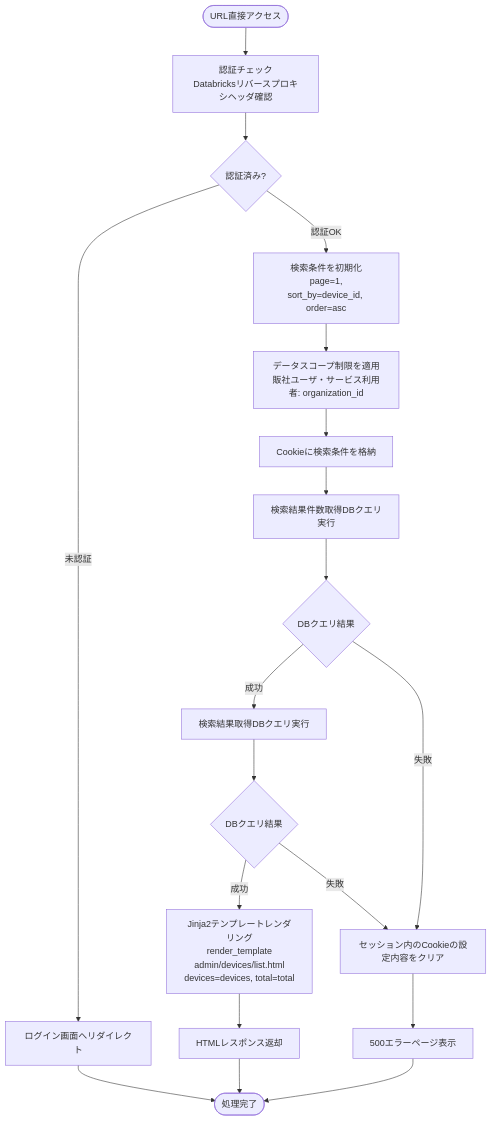
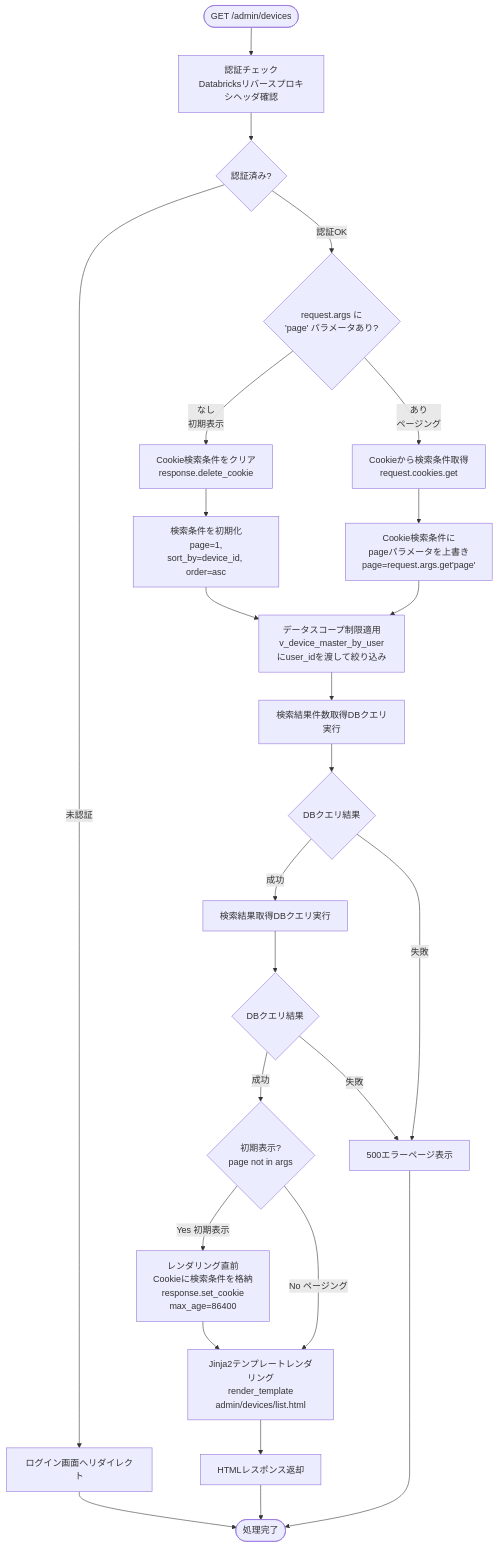
Before and after one commit to NSW-SVCP-AIWG002/Databricks-IoT: the first of 8 diagrams in docs/03-features/flask-app/devices/workflow-specification.md, drawn with Mermaid. The commit also changed other lines of this file and 3 other files, not shown here.

````diff
--- a/docs/03-features/flask-app/devices/workflow-specification.md
+++ b/docs/03-features/flask-app/devices/workflow-specification.md
@@ -101,28 +101,37 @@
 ```mermaid
 flowchart TD
-    Start([URL直接アクセス]) --> Auth[認証チェック<br>Databricksリバースプロキシヘッダ確認]
+    Start([GET /admin/devices]) --> Auth[認証チェック<br>Databricksリバースプロキシヘッダ確認]
     Auth --> CheckAuth{認証済み?}
     CheckAuth -->|未認証| LoginRedirect[ログイン画面へリダイレクト]
+    CheckAuth -->|認証OK| CheckPage{request.args に<br>'page' パラメータあり?}
 
-    CheckAuth -->|認証OK| Init[検索条件を初期化<br>page=1,<br>sort_by=device_id, order=asc]
-    Init --> Scope[データスコープ制限を適用<br>販社ユーザ・サービス利用者: organization_id]
-    Scope --> SetParams[Cookieに検索条件を格納]
-    SetParams --> Count[検索結果件数取得DBクエリ実行]
+    CheckPage -->|なし<br>初期表示| ClearCookie[Cookie検索条件をクリア<br>response.delete_cookie]
+    CheckPage -->|あり<br>ページング| GetCookie[Cookieから検索条件取得<br>request.cookies.get]
+
+    ClearCookie --> InitParams[検索条件を初期化<br>page=1,<br>sort_by=device_id, order=asc]
+    GetCookie --> OverridePage[Cookie検索条件に<br>pageパラメータを上書き<br>page=request.args.get'page']
+
+    InitParams --> Scope[データスコープ制限適用<br>v_device_master_by_userにuser_idを渡して絞り込み]
+    OverridePage --> Scope
+
+    Scope --> Count[検索結果件数取得DBクエリ実行]
     Count --> CheckDB0{DBクエリ結果}
 
     CheckDB0 -->|成功| Query[検索結果取得DBクエリ実行]
-    CheckDB0 -->|失敗| ClearParams[セッション内のCookieの設定内容をクリア]
-    
-    ClearParams --> Error500[500エラーページ表示]
+    CheckDB0 -->|失敗| Error500[500エラーページ表示]
 
     Query --> CheckDB{DBクエリ結果}
 
-    CheckDB -->|成功| Template[Jinja2テンプレートレンダリング<br>render_template<br>admin/devices/list.html<br>devices=devices, total=total]
+    CheckDB -->|成功| CheckInitial{初期表示?<br>page not in args}
+    CheckDB -->|失敗| Error500
+
+    CheckInitial -->|Yes 初期表示| SaveCookie[レンダリング直前<br>Cookieに検索条件を格納<br>response.set_cookie<br>max_age=86400]
+    CheckInitial -->|No ページング| Template[Jinja2テンプレートレンダリング<br>render_template<br>admin/devices/list.html]
+
+    SaveCookie --> Template
     Template --> Response[HTMLレスポンス返却]
-
-    CheckDB -->|失敗| ClearParams
 
     LoginRedirect --> End([処理完了])
     Response --> End
     Error500 --> End
 ```
````
